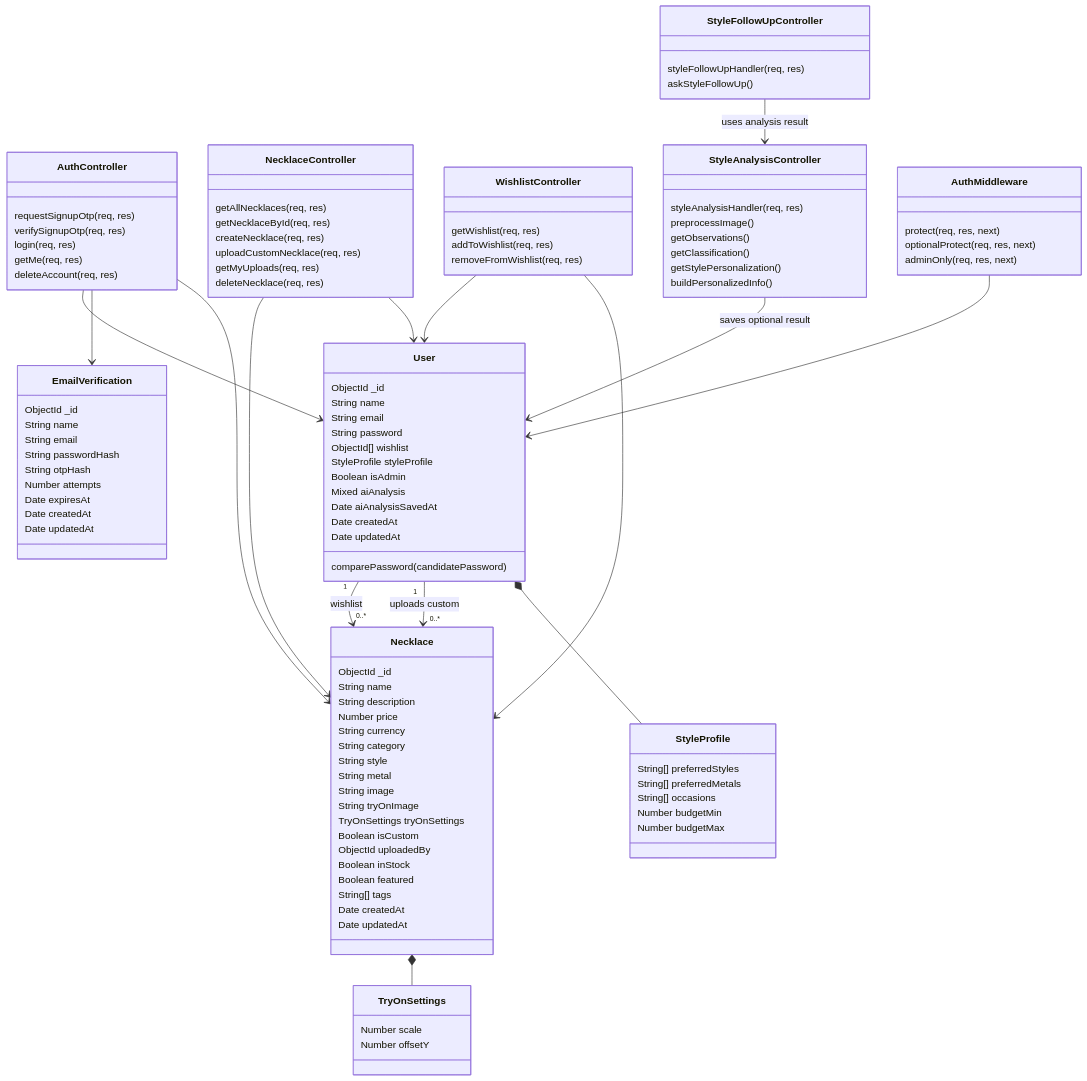
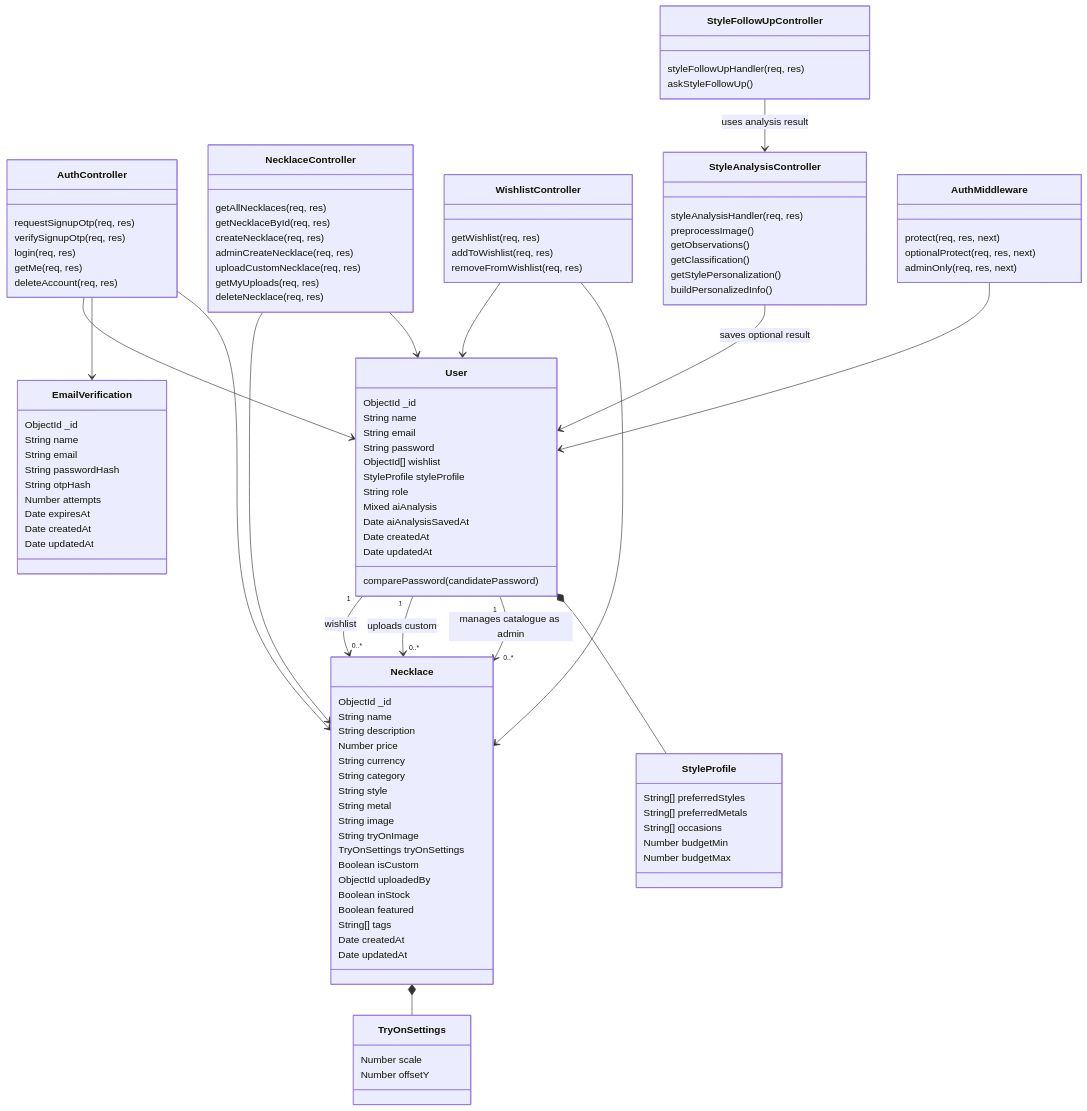
The fourth of 6 diagrams in docs/uml-diagrams.md (tiaoueiss/lumiere), drawn with Mermaid before and after one commit. The commit also changed other lines of this file and 14 other files, not shown here.

```diff
--- a/docs/uml-diagrams.md
+++ b/docs/uml-diagrams.md
@@ -189,7 +196,7 @@
     String password
     ObjectId[] wishlist
     StyleProfile styleProfile
-    Boolean isAdmin
+    String role
     Mixed aiAnalysis
     Date aiAnalysisSavedAt
     Date createdAt
@@ -255,6 +262,7 @@
     getAllNecklaces(req, res)
     getNecklaceById(req, res)
     createNecklace(req, res)
+    adminCreateNecklace(req, res)
     uploadCustomNecklace(req, res)
     getMyUploads(req, res)
     deleteNecklace(req, res)
@@ -288,6 +296,7 @@
 
   User "1" --> "0..*" Necklace : wishlist
   User "1" --> "0..*" Necklace : uploads custom
+  User "1" --> "0..*" Necklace : manages catalogue as admin
   User *-- StyleProfile
   Necklace *-- TryOnSettings
   AuthController --> User
```
